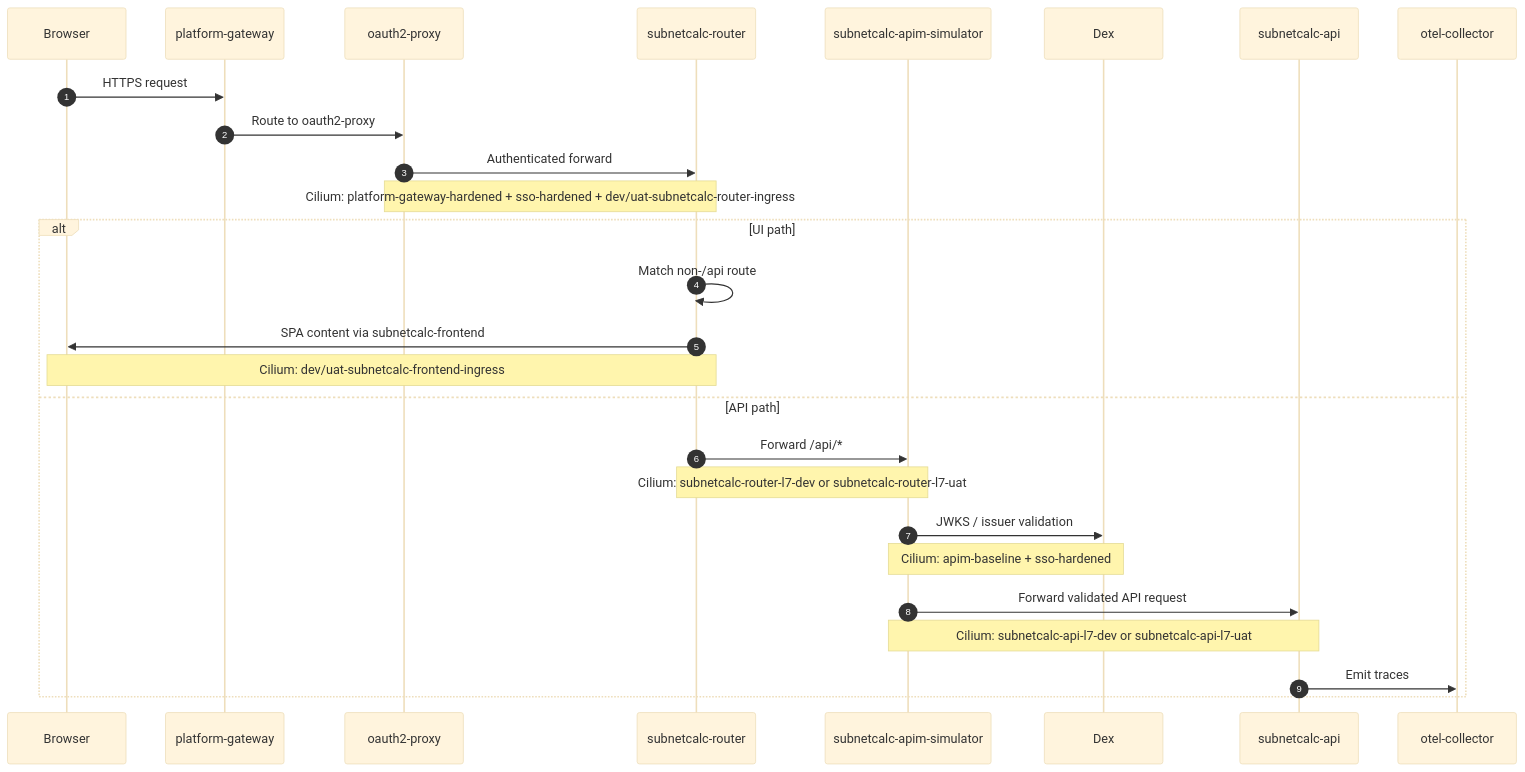
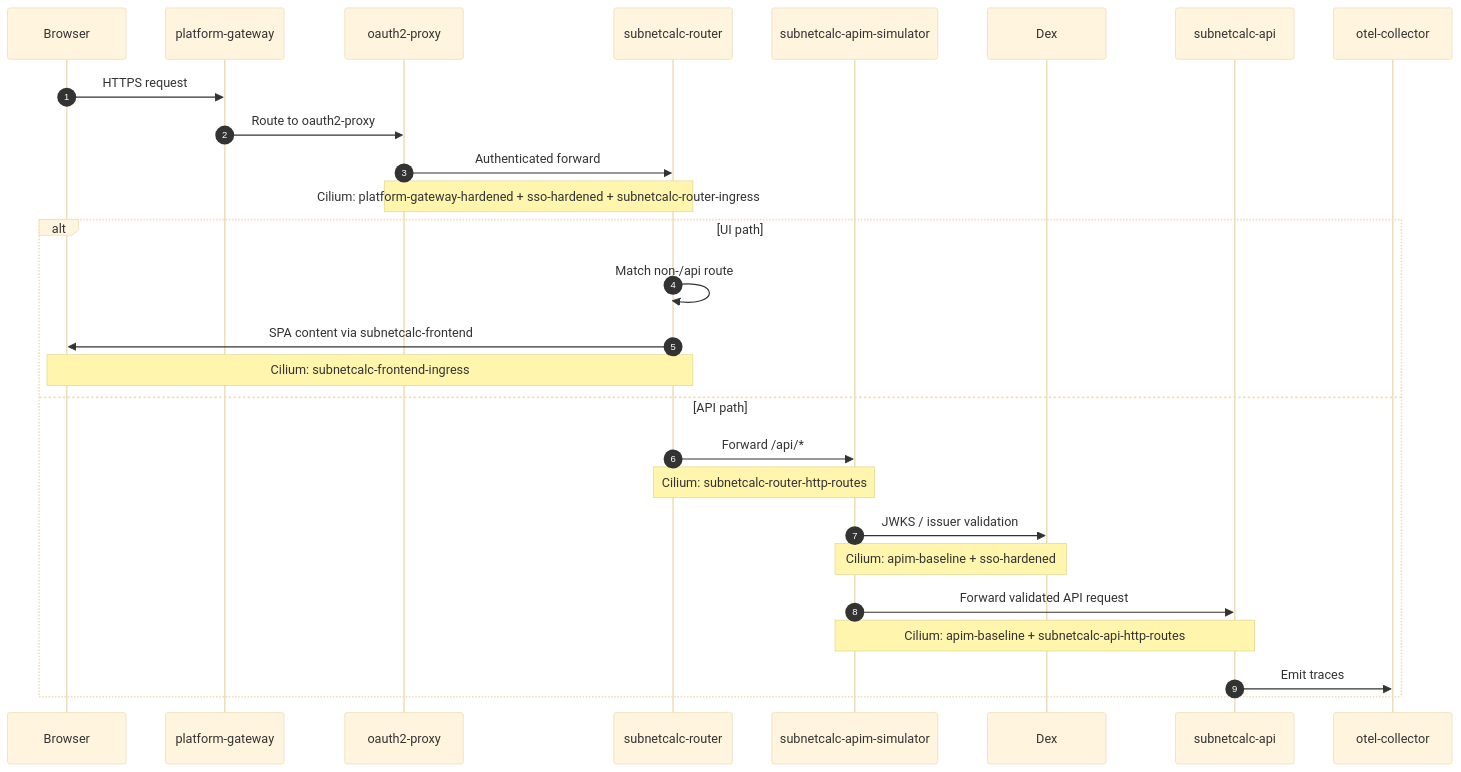
One commit to nickromney/platform changed the tenth of 13 diagrams in terraform/kubernetes/docs/apps-c4.md. Above: the diagram before and after it, drawn with Mermaid. The commit also changed other lines of this file and 44 other files, not shown here.

````diff
--- a/terraform/kubernetes/docs/apps-c4.md
+++ b/terraform/kubernetes/docs/apps-c4.md
@@ -261,32 +342,32 @@
 ```mermaid
 %%{init: {"theme": "base", "themeVariables": {"background": "#ffffff"}}}%%
 sequenceDiagram
     autonumber
     participant Browser as Browser
     participant Gateway as platform-gateway
     participant OAuth as oauth2-proxy
     participant Router as subnetcalc-router
     participant APIM as subnetcalc-apim-simulator
     participant Dex as Dex
     participant API as subnetcalc-api
     participant OTel as otel-collector
 
     Browser->>Gateway: HTTPS request
     Gateway->>OAuth: Route to oauth2-proxy
     OAuth->>Router: Authenticated forward
-    Note over OAuth,Router: Cilium: platform-gateway-hardened + sso-hardened + dev/uat-subnetcalc-router-ingress
+    Note over OAuth,Router: Cilium: platform-gateway-hardened + sso-hardened + subnetcalc-router-ingress
 
     alt UI path
         Router->>Router: Match non-/api route
         Router->>Browser: SPA content via subnetcalc-frontend
-        Note over Router,Browser: Cilium: dev/uat-subnetcalc-frontend-ingress
+        Note over Router,Browser: Cilium: subnetcalc-frontend-ingress
     else API path
         Router->>APIM: Forward /api/*
-        Note over Router,APIM: Cilium: subnetcalc-router-l7-dev or subnetcalc-router-l7-uat
+        Note over Router,APIM: Cilium: subnetcalc-router-http-routes
         APIM->>Dex: JWKS / issuer validation
         Note over APIM,Dex: Cilium: apim-baseline + sso-hardened
         APIM->>API: Forward validated API request
-        Note over APIM,API: Cilium: subnetcalc-api-l7-dev or subnetcalc-api-l7-uat
+        Note over APIM,API: Cilium: apim-baseline + subnetcalc-api-http-routes
         API->>OTel: Emit traces
     end
 ```
````
